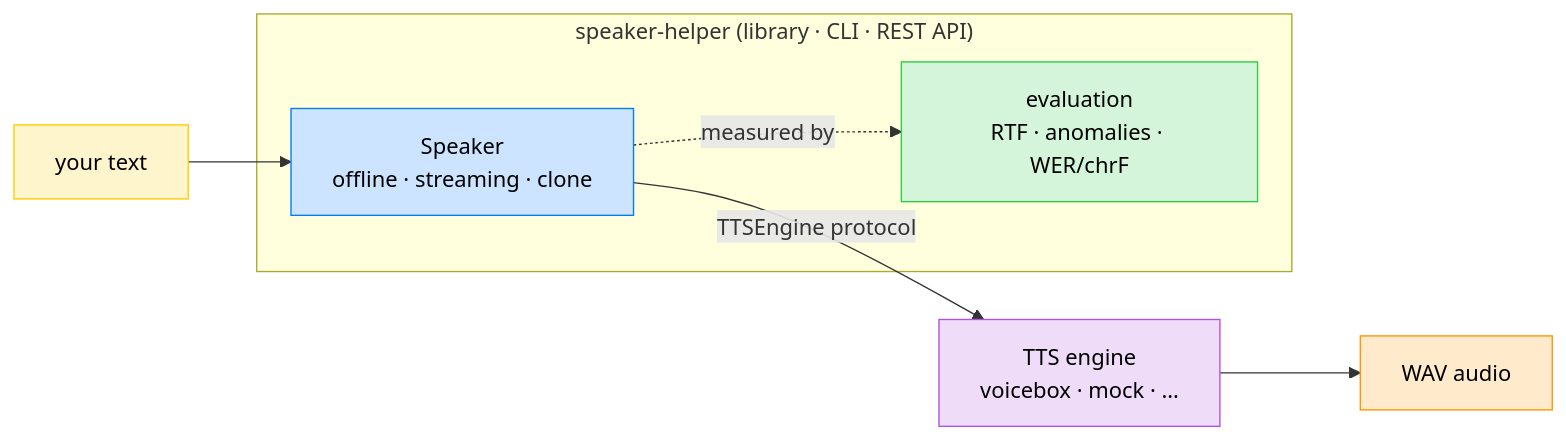
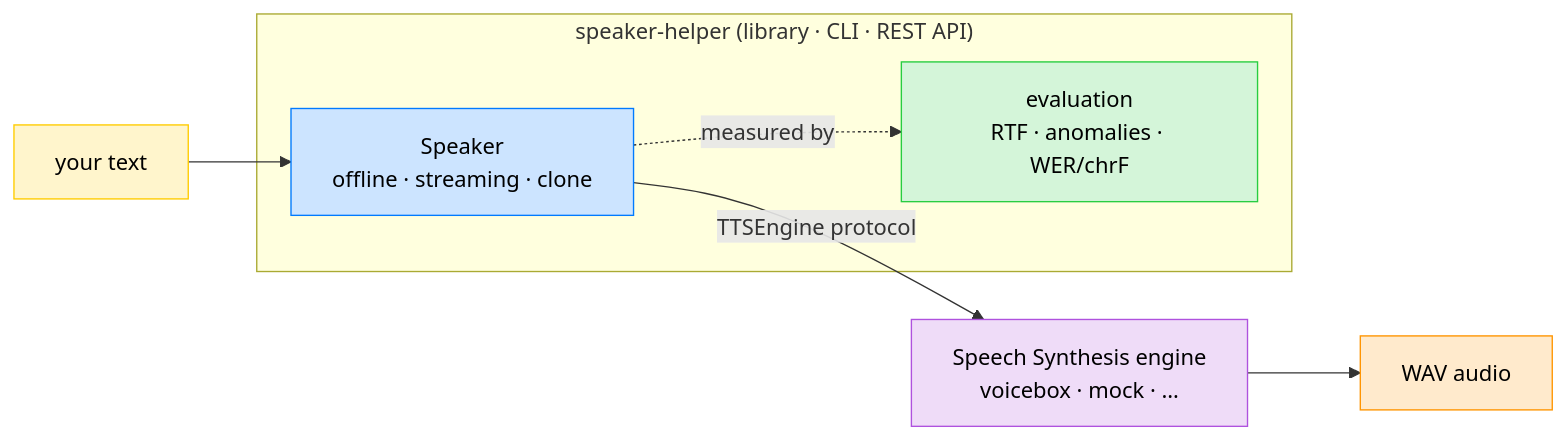
Before and after one commit to warith-harchaoui/speaker-helper: the diagram in README.md, drawn with Mermaid. The commit also changed other lines of this file and 3 other files, not shown here.

Commit message:
Docs: finalize suite wording (Speech Synthesis); v0.7.3

````diff
--- a/README.md
+++ b/README.md
@@ -46,21 +46,21 @@
 ```mermaid
 flowchart LR
     text["your text"]:::input
     subgraph SH["speaker-helper (library · CLI · REST API)"]
         speaker["Speaker<br/>offline · streaming · clone"]:::core
         eval["evaluation<br/>RTF · anomalies · WER/chrF"]:::eval
     end
-    engine["TTS engine<br/>voicebox · mock · …"]:::engine
+    engine["Speech Synthesis engine<br/>voicebox · mock · …"]:::engine
     audio["WAV audio"]:::output
 
     text --> speaker
     speaker -- "TTSEngine protocol" --> engine
     engine --> audio
     speaker -.->|measured by| eval
 
     classDef input fill:#FFF5CC,stroke:#FFCC00,color:#000000
     classDef core fill:#CCE4FF,stroke:#007AFF,color:#000000
     classDef eval fill:#D4F5D9,stroke:#28CD41,color:#000000
     classDef engine fill:#EFDCF8,stroke:#AF52DE,color:#000000
     classDef output fill:#FFEACC,stroke:#FF9500,color:#000000
 ```
````
